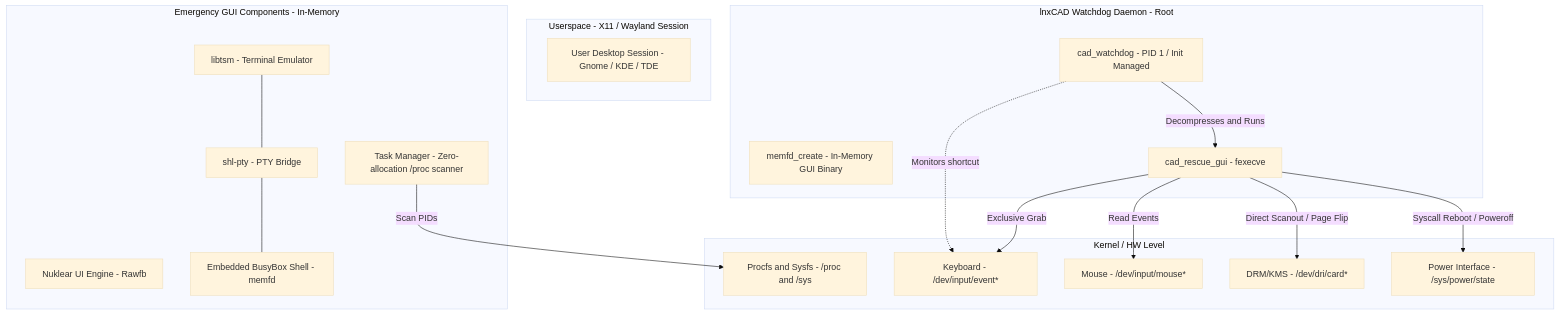
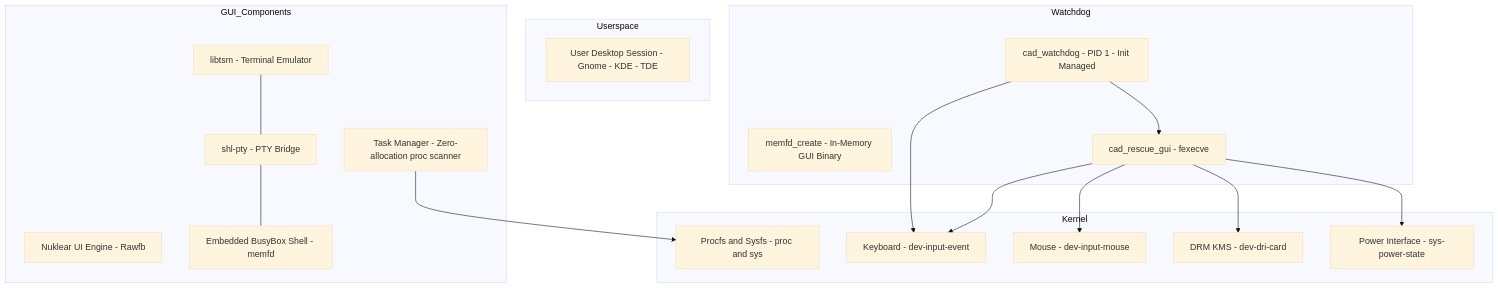
One commit to seb3773/lnxCAD changed the first of 3 diagrams in README.md. Above: the diagram before and after it, drawn with Mermaid (base theme).

Commit message:
diagram fix (again...)

````diff
--- a/README.md
+++ b/README.md
@@ -84,38 +84,38 @@
 ```mermaid
 graph TD
-    subgraph Userspace ["Userspace - X11 / Wayland Session"]
-        UserSession["User Desktop Session - Gnome / KDE / TDE"]
+    subgraph Userspace
+        UserSession["User Desktop Session - Gnome - KDE - TDE"]
     end
 
-    subgraph Kernel ["Kernel / HW Level"]
-        KbdDev["Keyboard - /dev/input/event*"]
-        MouseDev["Mouse - /dev/input/mouse*"]
-        DrmDev["DRM/KMS - /dev/dri/card*"]
-        SysPower["Power Interface - /sys/power/state"]
-        ProcFS["Procfs and Sysfs - /proc and /sys"]
+    subgraph Kernel
+        KbdDev["Keyboard - dev-input-event"]
+        MouseDev["Mouse - dev-input-mouse"]
+        DrmDev["DRM KMS - dev-dri-card"]
+        SysPower["Power Interface - sys-power-state"]
+        ProcFS["Procfs and Sysfs - proc and sys"]
     end
 
-    subgraph Watchdog ["lnxCAD Watchdog Daemon - Root"]
-        WD["cad_watchdog - PID 1 / Init Managed"]
+    subgraph Watchdog
+        WD["cad_watchdog - PID 1 - Init Managed"]
         MemFD["memfd_create - In-Memory GUI Binary"]
         
-        WD -.->|Monitors shortcut| KbdDev
-        WD -->|Decompresses and Runs| GUI["cad_rescue_gui - fexecve"]
+        WD --> KbdDev
+        WD --> GUI["cad_rescue_gui - fexecve"]
     end
 
-    subgraph GUI_Comp ["Emergency GUI Components - In-Memory"]
+    subgraph GUI_Components
         Nuklear["Nuklear UI Engine - Rawfb"]
         VTE["libtsm - Terminal Emulator"]
         PTY["shl-pty - PTY Bridge"]
         EmbeddedBB["Embedded BusyBox Shell - memfd"]
-        TaskMgr["Task Manager - Zero-allocation /proc scanner"]
+        TaskMgr["Task Manager - Zero-allocation proc scanner"]
     end
 
-    GUI -->|Exclusive Grab| KbdDev
-    GUI -->|Read Events| MouseDev
-    GUI -->|Direct Scanout / Page Flip| DrmDev
-    GUI -->|Syscall Reboot / Poweroff| SysPower
-    TaskMgr -->|Scan PIDs| ProcFS
+    GUI --> KbdDev
+    GUI --> MouseDev
+    GUI --> DrmDev
+    GUI --> SysPower
+    TaskMgr --> ProcFS
     VTE --- PTY
     PTY --- EmbeddedBB
 ```
````
